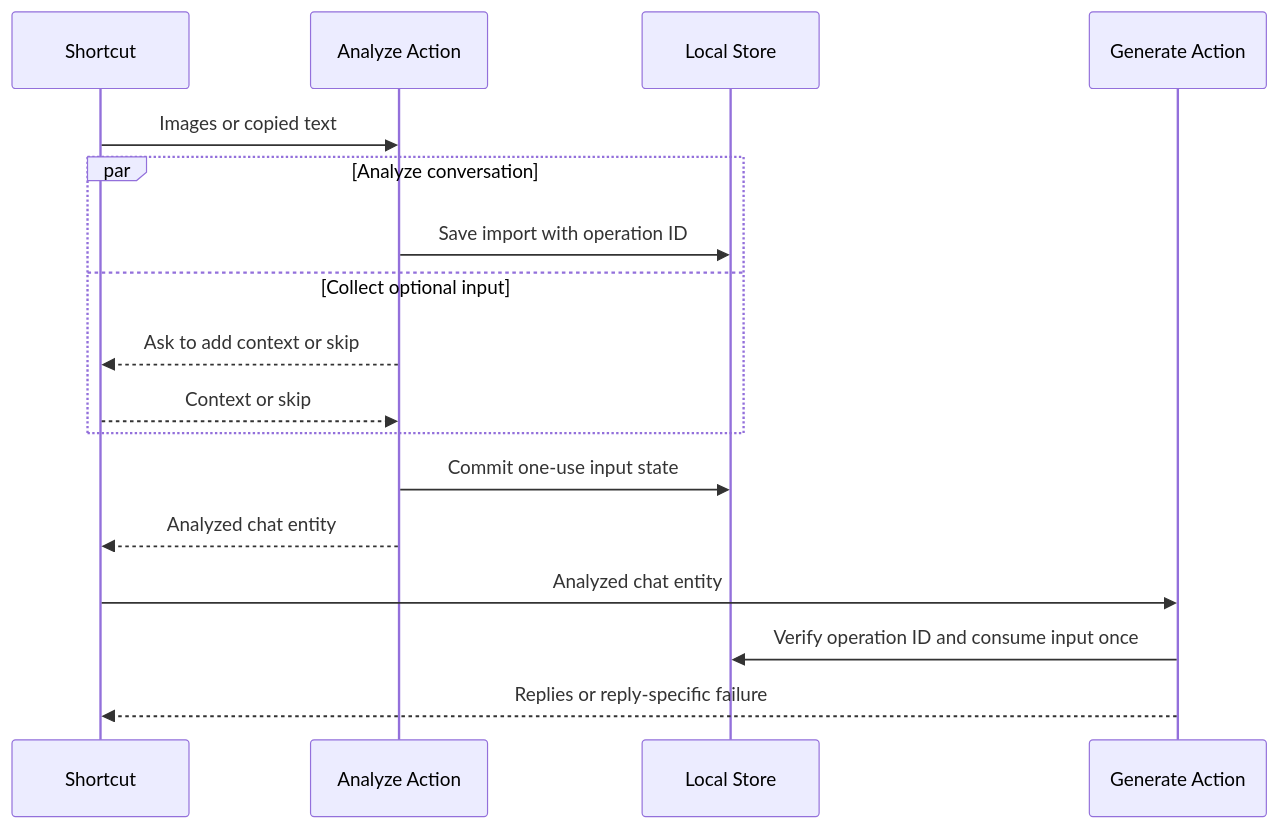
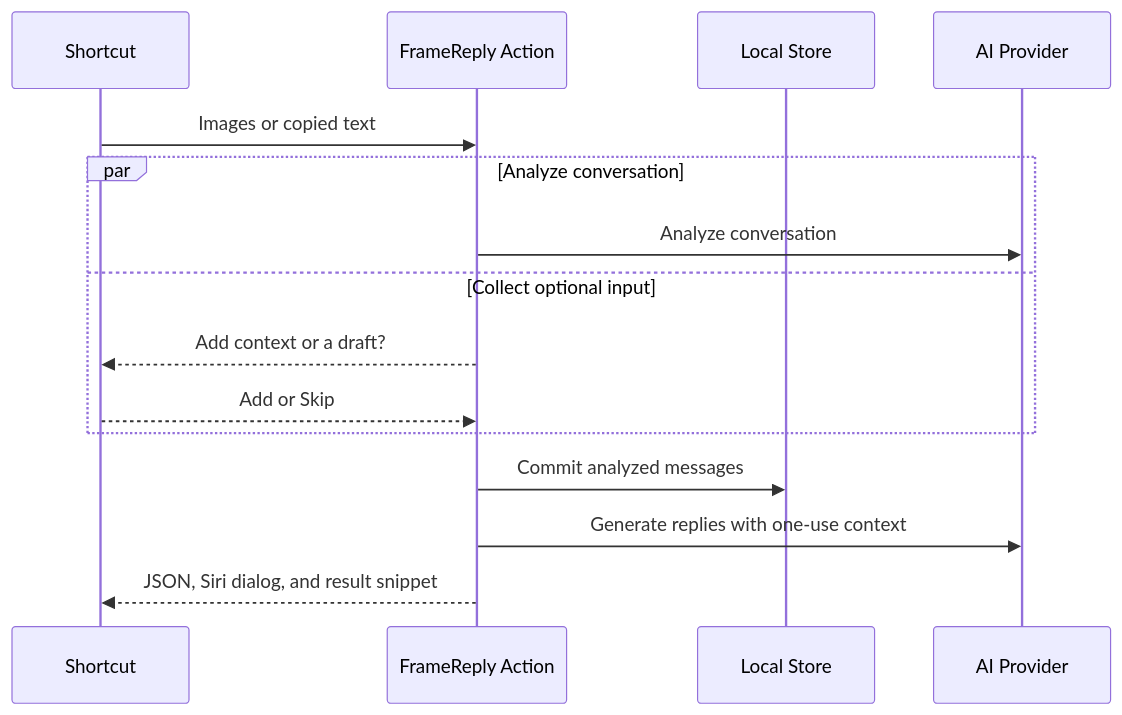
The diagram in docs/shortcuts.md (fanjin-z/framereply), drawn with Mermaid before and after one commit. The commit also changed other lines of this file and 24 other files, not shown here.

Commit message:
feat: add chat import review flow and shortcut navigation

````diff
--- a/docs/shortcuts.md
+++ b/docs/shortcuts.md
@@ -18,20 +19,18 @@
 ```mermaid
 sequenceDiagram
     participant Shortcut
-    participant Analyze as Analyze Action
+    participant Action as FrameReply Action
     participant Store as Local Store
-    participant Generate as Generate Action
+    participant Provider as AI Provider
 
-    Shortcut->>Analyze: Images or copied text
+    Shortcut->>Action: Images or copied text
     par Analyze conversation
-        Analyze->>Store: Save import with operation ID
+        Action->>Provider: Analyze conversation
     and Collect optional input
-        Analyze-->>Shortcut: Ask to add context or skip
-        Shortcut-->>Analyze: Context or skip
+        Action-->>Shortcut: Add context or a draft?
+        Shortcut-->>Action: Add or Skip
     end
-    Analyze->>Store: Commit one-use input state
-    Analyze-->>Shortcut: Analyzed chat entity
-    Shortcut->>Generate: Analyzed chat entity
-    Generate->>Store: Verify operation ID and consume input once
-    Generate-->>Shortcut: Replies or reply-specific failure
+    Action->>Store: Commit analyzed messages
+    Action->>Provider: Generate replies with one-use context
+    Action-->>Shortcut: JSON, Siri dialog, and result snippet
 ```
````
